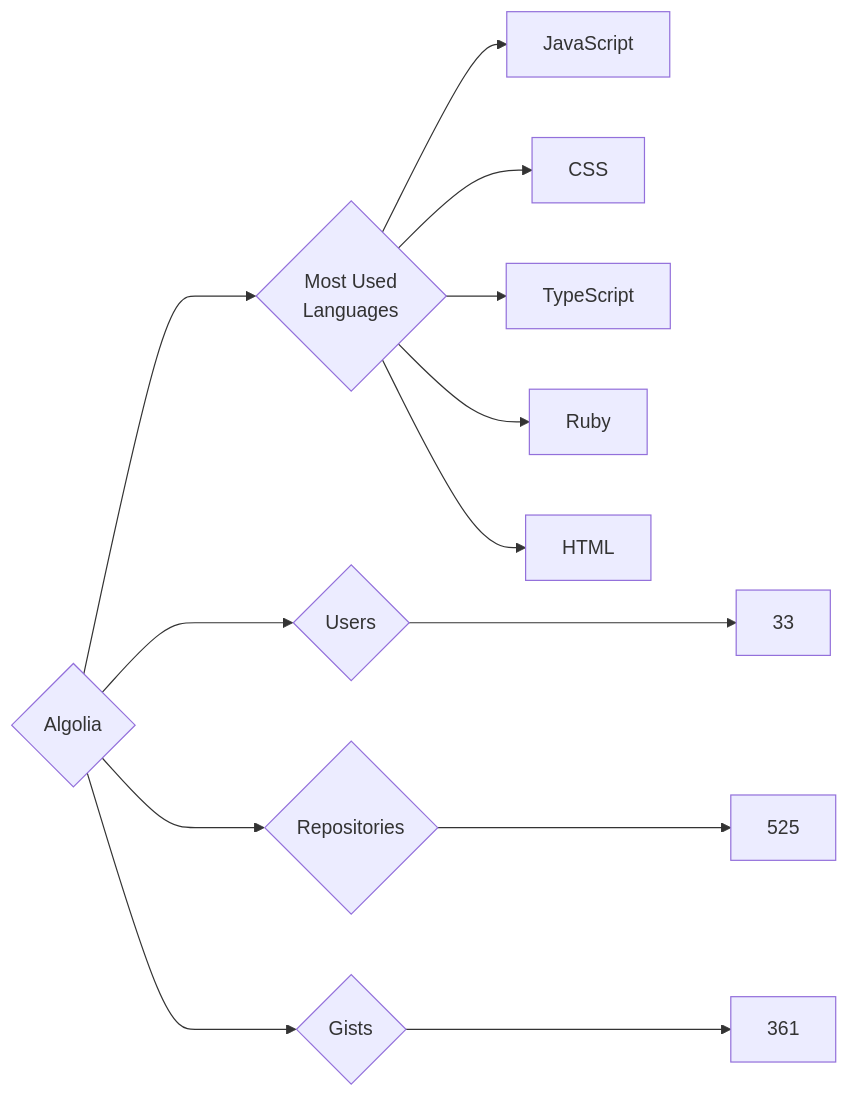
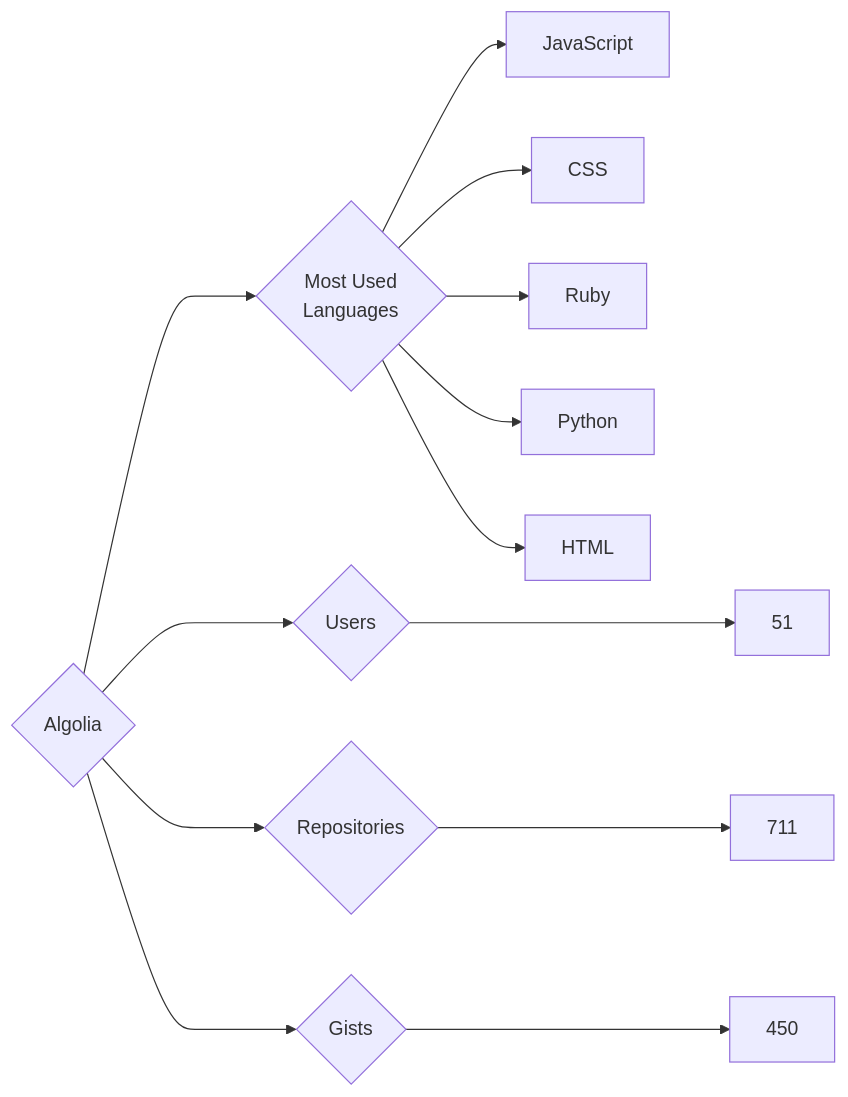
Before and after one commit to trickest/insiders: the diagram in targets/Algolia/README.md, drawn with Mermaid. The commit also changed 953 other files, not shown here.

````diff
--- a/targets/Algolia/README.md
+++ b/targets/Algolia/README.md
@@ -3,13 +3,13 @@
 ```mermaid
 graph LR
 COMPANY_NAME{Algolia}
-COMPANY_NAME ---> U{Users} ---> UN[33]
-COMPANY_NAME ---> R{Repositories} ---> RN[525]
-COMPANY_NAME ---> G{Gists} ---> GN[361]
+COMPANY_NAME ---> U{Users} ---> UN[51]
+COMPANY_NAME ---> R{Repositories} ---> RN[711]
+COMPANY_NAME ---> G{Gists} ---> GN[450]
 COMPANY_NAME ---> ML{Most Used<br>Languages}
 ML --> JavaScript[JavaScript]
 ML --> CSS[CSS]
-ML --> TypeScript[TypeScript]
 ML --> Ruby[Ruby]
+ML --> Python[Python]
 ML --> HTML[HTML]
 ```
````
